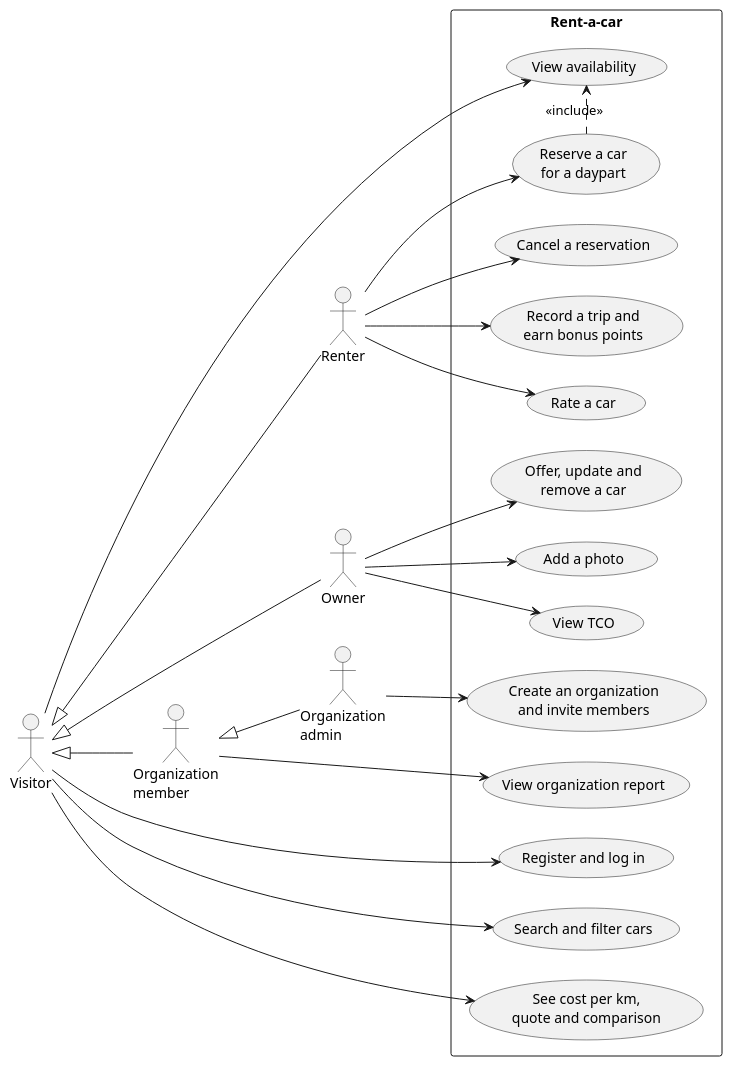
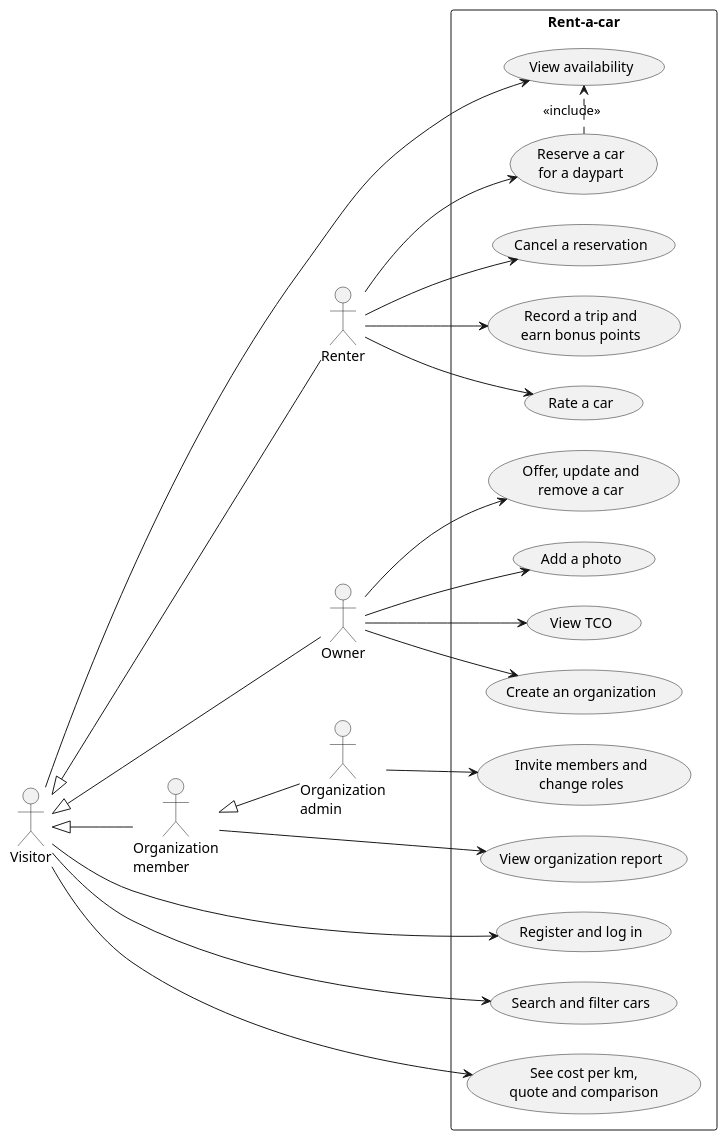
One commit to Rent-a-car-38291/rent-a-car changed the diagram in docs/diagrams/use-cases-core.puml. Above: the diagram before and after it, drawn with PlantUML. The commit also changed 5 other files, not shown here.

Commit message:
Fix three diagrams: Location is not a data class, any user creates an organization, a started trip also refuses a one-call trip

```diff
--- a/docs/diagrams/use-cases-core.puml
+++ b/docs/diagrams/use-cases-core.puml
@@ -1,48 +1,50 @@
 @startuml
 ' The architecturally relevant use cases: the ones that decide the design (cars of three types, availability per daypart, trips and bonus points, organizations).
 ' use-cases.puml has every use case.
 left to right direction
 skinparam nodesep 30
 skinparam ranksep 80
 
 actor Visitor
 actor "Renter" as Renter
 actor "Owner" as Owner
 actor "Organization\nmember" as Member
 actor "Organization\nadmin" as Admin
 Visitor <|-- Renter
 Visitor <|-- Owner
 Visitor <|-- Member
 Member <|-- Admin
 
 rectangle "Rent-a-car" {
   usecase "Register and log in" as Reg
   usecase "Search and filter cars" as Search
   usecase "See cost per km,\nquote and comparison" as Costs
   usecase "View availability" as Avail
   usecase "Reserve a car\nfor a daypart" as Reserve
   usecase "Cancel a reservation" as Cancel
   usecase "Record a trip and\nearn bonus points" as Trip
   usecase "Rate a car" as Rate
   usecase "Offer, update and\nremove a car" as Offer
   usecase "Add a photo" as Photo
   usecase "View TCO" as Tco
-  usecase "Create an organization\nand invite members" as Org
+  usecase "Create an organization" as OrgCreate
+  usecase "Invite members and\nchange roles" as Org
   usecase "View organization report" as Report
 }
 
 Visitor --> Reg
 Visitor --> Search
 Visitor --> Costs
 Visitor --> Avail
 Renter --> Reserve
 Renter --> Cancel
 Renter --> Trip
 Renter --> Rate
 Owner --> Offer
 Owner --> Photo
 Owner --> Tco
+Owner --> OrgCreate
 Admin --> Org
 Member --> Report
 Reserve .> Avail : <<include>>
 @enduml
```
